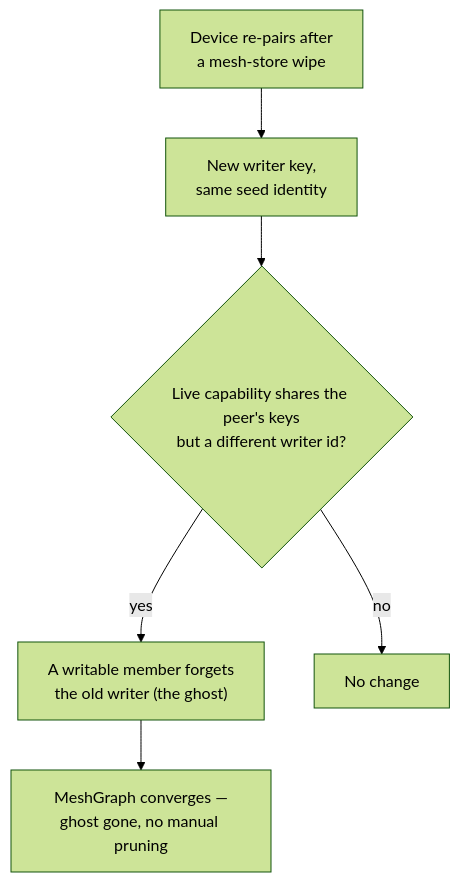
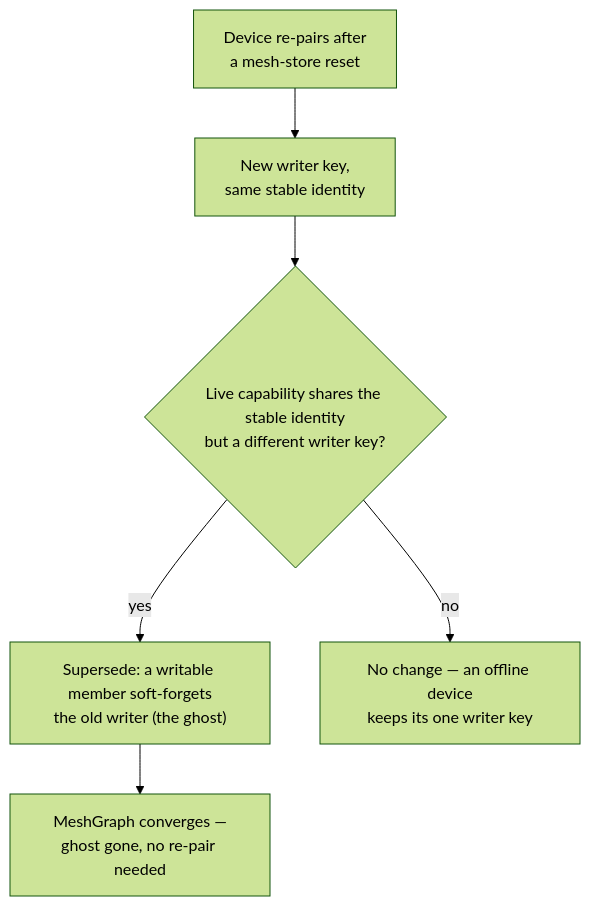
The diagram in docs/explanation/mesh-and-membership.mdx (danielAsaboro/Leash), drawn with Mermaid (forest theme) before and after one commit. The commit also changed other lines of this file and 43 other files, not shown here.

````diff
--- a/docs/explanation/mesh-and-membership.mdx
+++ b/docs/explanation/mesh-and-membership.mdx
@@ -48,8 +107,8 @@
 ```mermaid
 flowchart TB
-    Wipe["Device re-pairs after<br/>a mesh-store wipe"] --> NewKey["New writer key,<br/>same seed identity"]
-    NewKey --> Detect{"Live capability shares the peer's keys<br/>but a different writer id?"}
-    Detect -->|"yes"| Forget["A writable member forgets<br/>the old writer (the ghost)"]
-    Detect -->|"no"| Keep["No change"]
-    Forget --> Converge["MeshGraph converges —<br/>ghost gone, no manual pruning"]
+    Wipe["Device re-pairs after<br/>a mesh-store reset"] --> NewKey["New writer key,<br/>same stable identity"]
+    NewKey --> Detect{"Live capability shares the stable identity<br/>but a different writer key?"}
+    Detect -->|"yes"| Forget["Supersede: a writable member soft-forgets<br/>the old writer (the ghost)"]
+    Detect -->|"no"| Keep["No change — an offline device<br/>keeps its one writer key"]
+    Forget --> Converge["MeshGraph converges —<br/>ghost gone, no re-pair needed"]
 ```
````
